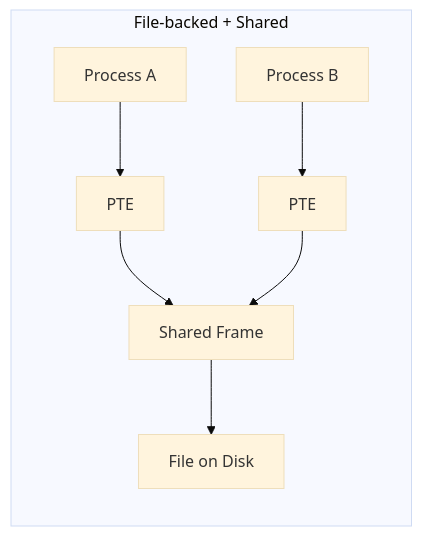
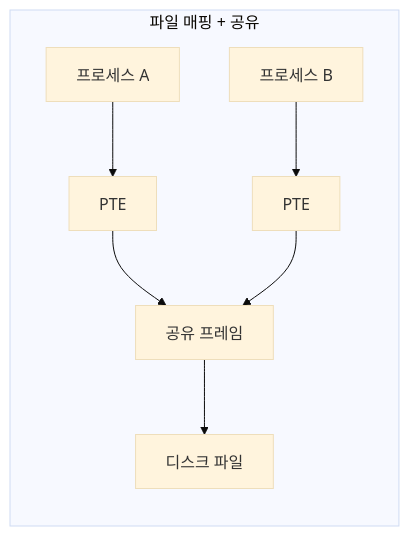
Before and after one commit to Jungle-12-303/wk07_6: the first of 4 diagrams in docs/blog/concepts/14-mmap-four-combinations.md, drawn with Mermaid (base theme). The commit also changed other lines of this file and 26 other files, not shown here.

First line of the commit message:
docs: 블로그 소제목·Mermaid·ASCII 박스 가독성 정비

````diff
--- a/docs/blog/concepts/14-mmap-four-combinations.md
+++ b/docs/blog/concepts/14-mmap-four-combinations.md
@@ -58,10 +58,10 @@
 ```mermaid
 flowchart LR
-    subgraph FS["File-backed + Shared"]
-        F1[Process A] --> PT1[PTE]
-        F2[Process B] --> PT2[PTE]
-        PT1 --> FR[Shared Frame]
+    subgraph FS["파일 매핑 + 공유"]
+        F1[프로세스 A] --> PT1[PTE]
+        F2[프로세스 B] --> PT2[PTE]
+        PT1 --> FR[공유 프레임]
         PT2 --> FR
-        FR --> DISK[File on Disk]
+        FR --> DISK[디스크 파일]
     end
 ```
````
